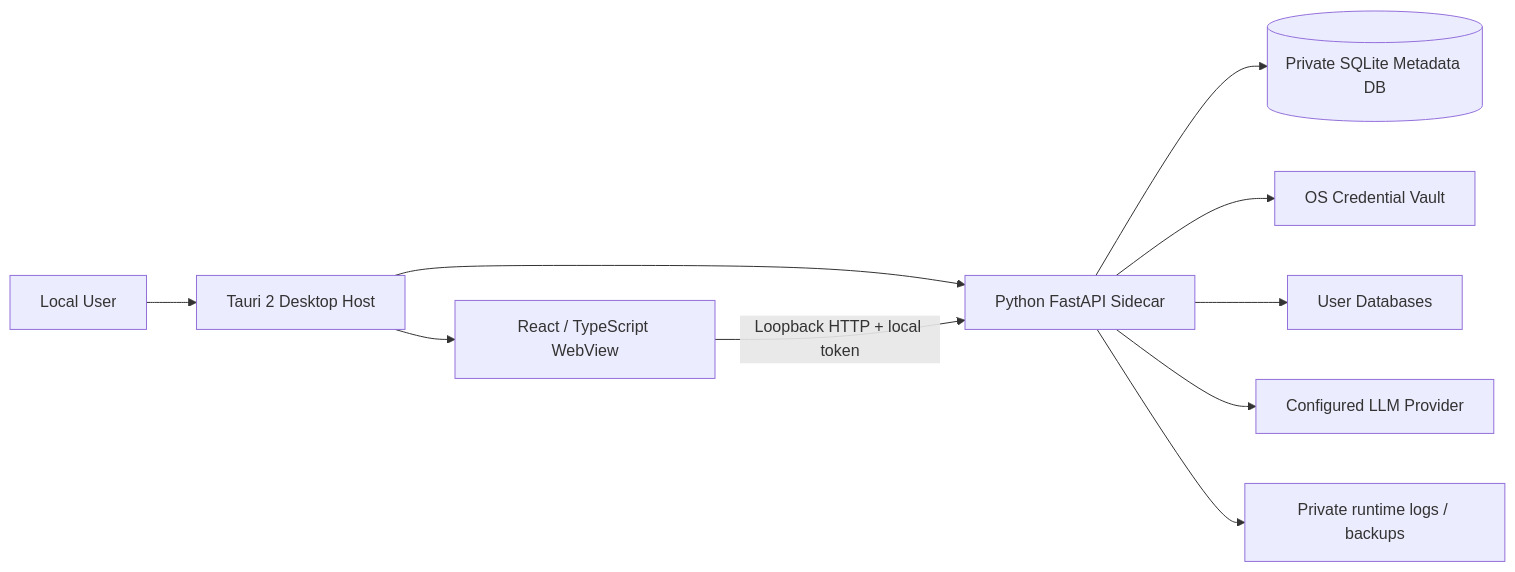
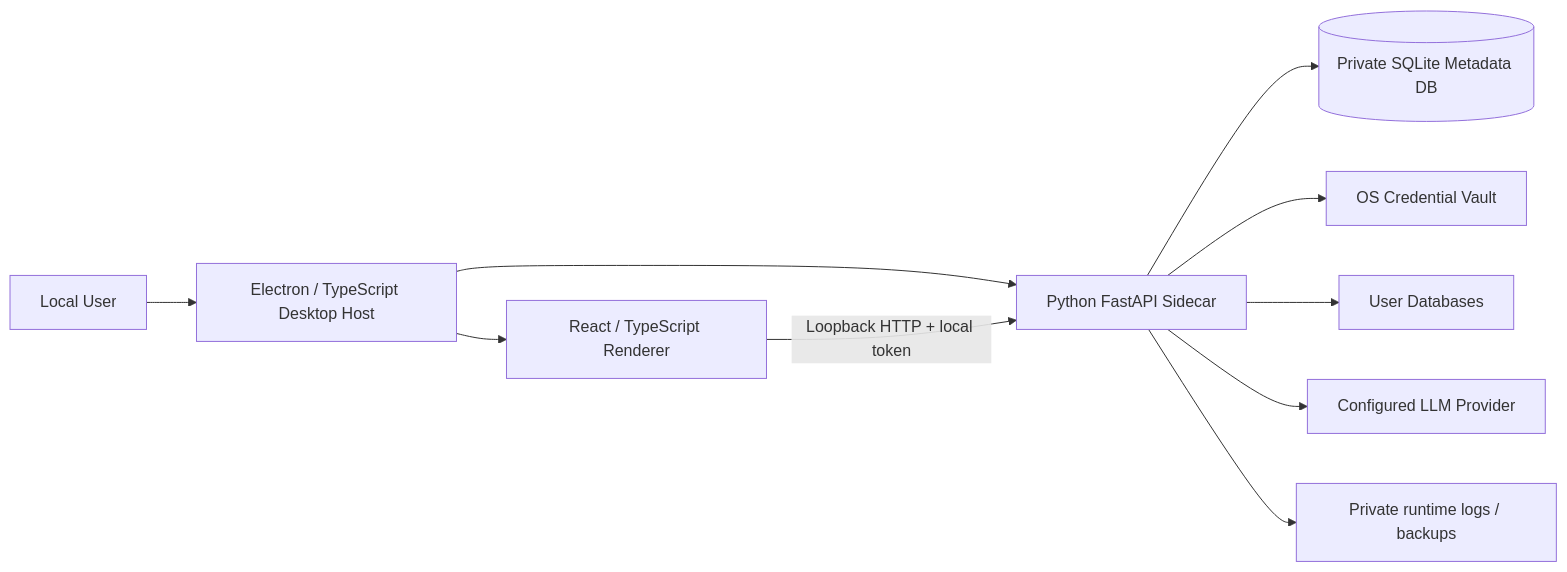
Before and after one commit to trrueee/DBFox: the first of 5 diagrams in docs/architecture/system-overview.md, drawn with Mermaid. The commit also changed other lines of this file and 125 other files, not shown here.

Commit message:
refactor(desktop): remove Rust and Tauri host (#78)

````diff
--- a/docs/architecture/system-overview.md
+++ b/docs/architecture/system-overview.md
@@ -50,12 +50,12 @@
 ```mermaid
 flowchart LR
-    USER["Local User"] --> TAURI["Tauri 2 Desktop Host"]
-    TAURI --> WEBVIEW["React / TypeScript WebView"]
-    TAURI --> SIDECAR["Python FastAPI Sidecar"]
+    USER["Local User"] --> ELECTRON["Electron / TypeScript Desktop Host"]
+    ELECTRON --> WEBVIEW["React / TypeScript Renderer"]
+    ELECTRON --> SIDECAR["Python FastAPI Sidecar"]
     WEBVIEW -->|"Loopback HTTP + local token"| SIDECAR
     SIDECAR --> META[("Private SQLite Metadata DB")]
     SIDECAR --> VAULT["OS Credential Vault"]
     SIDECAR --> DB["User Databases"]
     SIDECAR --> LLM["Configured LLM Provider"]
     SIDECAR --> FILES["Private runtime logs / backups"]
 ```
````
